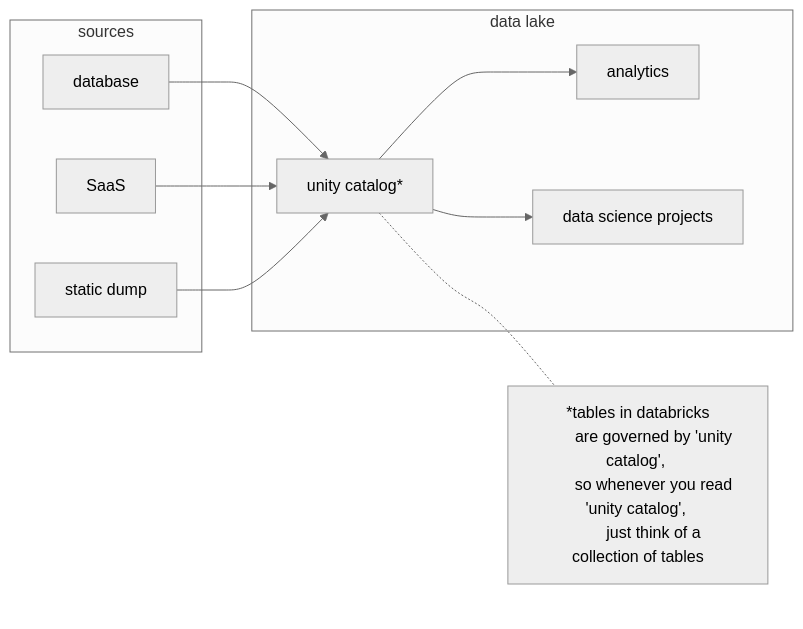
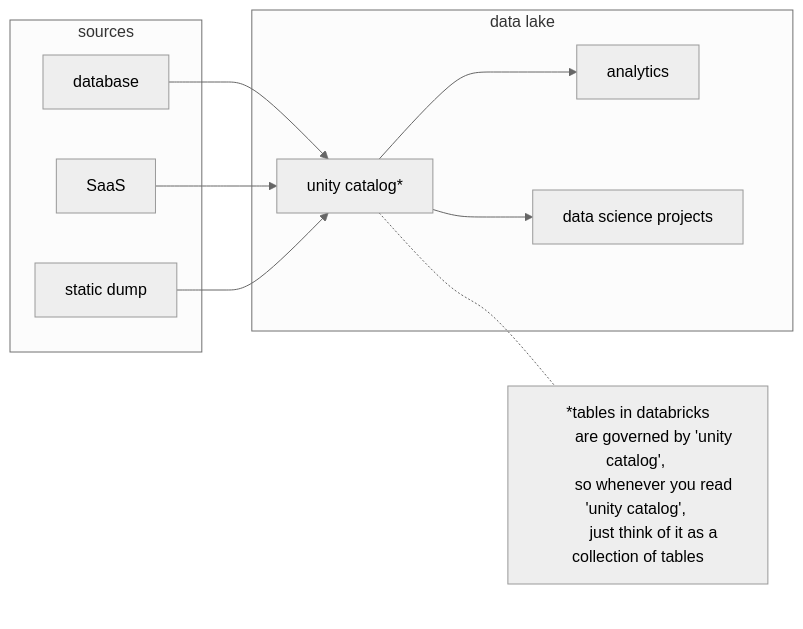
The diagram in articles/blog15.md (danielsteman/web-rs), drawn with Mermaid (neutral theme) before and after one commit. The commit also changed other lines of this file, not shown here.

```diff
--- a/articles/blog15.md
+++ b/articles/blog15.md
@@ -14,30 +16,30 @@
 <pre class="mermaid">
     graph LR
         style note opacity:0
         style note fontSize: 10px
 
         database --> uc[unity catalog*]
         SaaS --> uc
         sd[static dump] --> uc
         uc --> analytics
         uc --> ds[data science projects]
 
         subgraph sources
             database
             SaaS
             sd
         end
 
         subgraph dl[data lake]
             uc
             analytics
             ds
         end
 
         subgraph note [" "]
             uc -.- ucnote[*tables in databricks
             are governed by 'unity catalog', 
             so whenever you read 'unity catalog', 
-            just think of a collection of tables]
+            just think of it as a collection of tables]
         end
 </pre>
```
